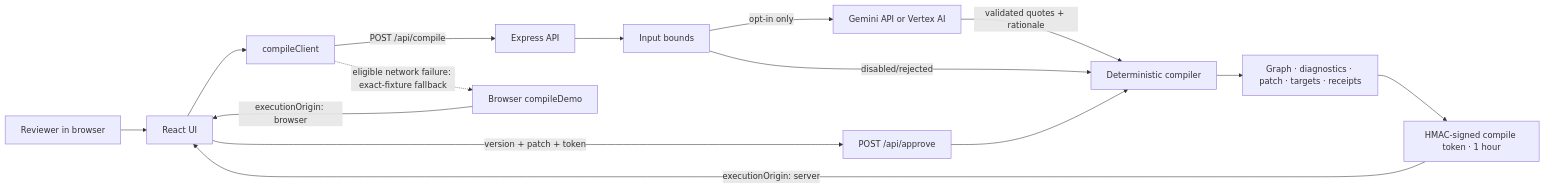
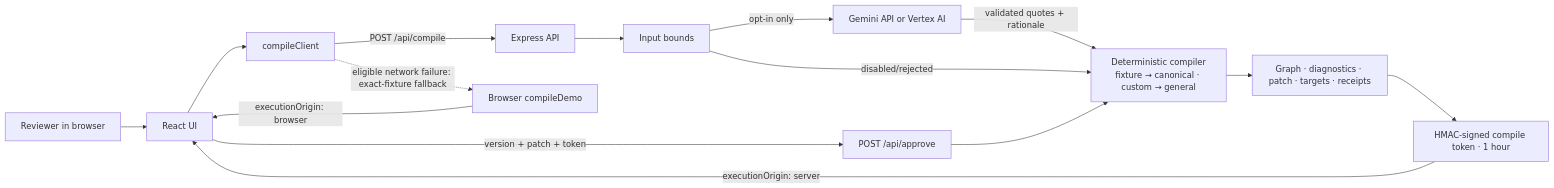
One commit to chquandogong/deployalign changed the diagram in docs/03-spec/ARCHITECTURE.md. Above: the diagram before and after it, drawn with Mermaid. The commit also changed other lines of this file and 17 other files, not shown here.

First line of the commit message:
docs: 0.3.0 — custom mode across READMEs (EN/KO/ZH), roadmap, decisions, risks, spec, architecture, runbook, tests, dashboard, retro

````diff
--- a/docs/03-spec/ARCHITECTURE.md
+++ b/docs/03-spec/ARCHITECTURE.md
@@ -24,17 +25,17 @@
 ```mermaid
 flowchart LR
   U["Reviewer in browser"] --> UI["React UI"]
   UI --> C["compileClient"]
   C -->|"POST /api/compile"| API["Express API"]
   API --> V["Input bounds"]
   V -->|"opt-in only"| G["Gemini API or Vertex AI"]
-  G -->|"validated quotes + rationale"| DC["Deterministic compiler"]
+  G -->|"validated quotes + rationale"| DC["Deterministic compiler<br/>fixture → canonical · custom → general"]
   V -->|"disabled/rejected"| DC
   DC --> R["Graph · diagnostics · patch · targets · receipts"]
   R --> T["HMAC-signed compile token · 1 hour"]
   T -->|"executionOrigin: server"| UI
   C -. "eligible network failure: exact-fixture fallback" .-> LD["Browser compileDemo"]
   LD -->|"executionOrigin: browser"| UI
   UI -->|"version + patch + token"| AP["POST /api/approve"]
   AP --> DC
 ```
````
